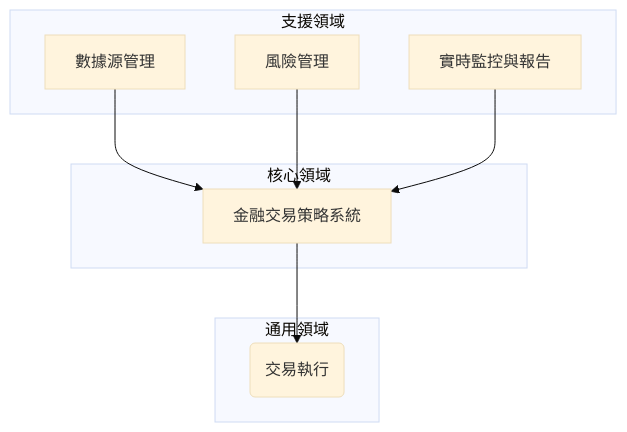
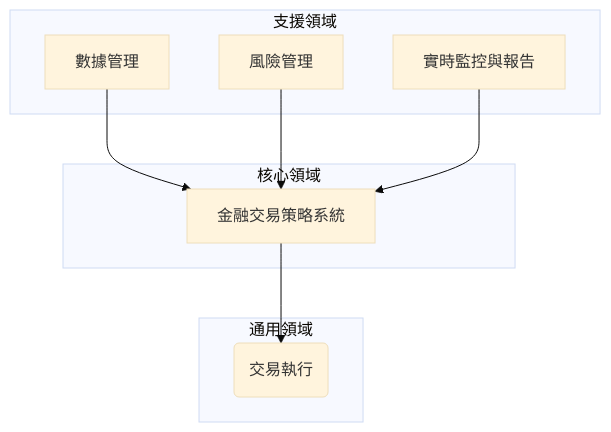
Before and after one commit to blackhorseya/monorepo-go: the diagram in adapter/orianna/docs/ddd.md, drawn with Mermaid (base theme). The commit also changed other lines of this file, not shown here.

````diff
--- a/adapter/orianna/docs/ddd.md
+++ b/adapter/orianna/docs/ddd.md
@@ -43,18 +43,18 @@
 ```mermaid
 flowchart TD
     subgraph "核心領域"
         A[金融交易策略系統]
     end
 
     subgraph "支援領域"
-        D[數據源管理] --> A
+        D[數據管理] --> A
         E[風險管理] --> A
         F[實時監控與報告] --> A
     end
 
     subgraph "通用領域"
         C(交易執行)
     end
 
     A --> C
 ```
````
